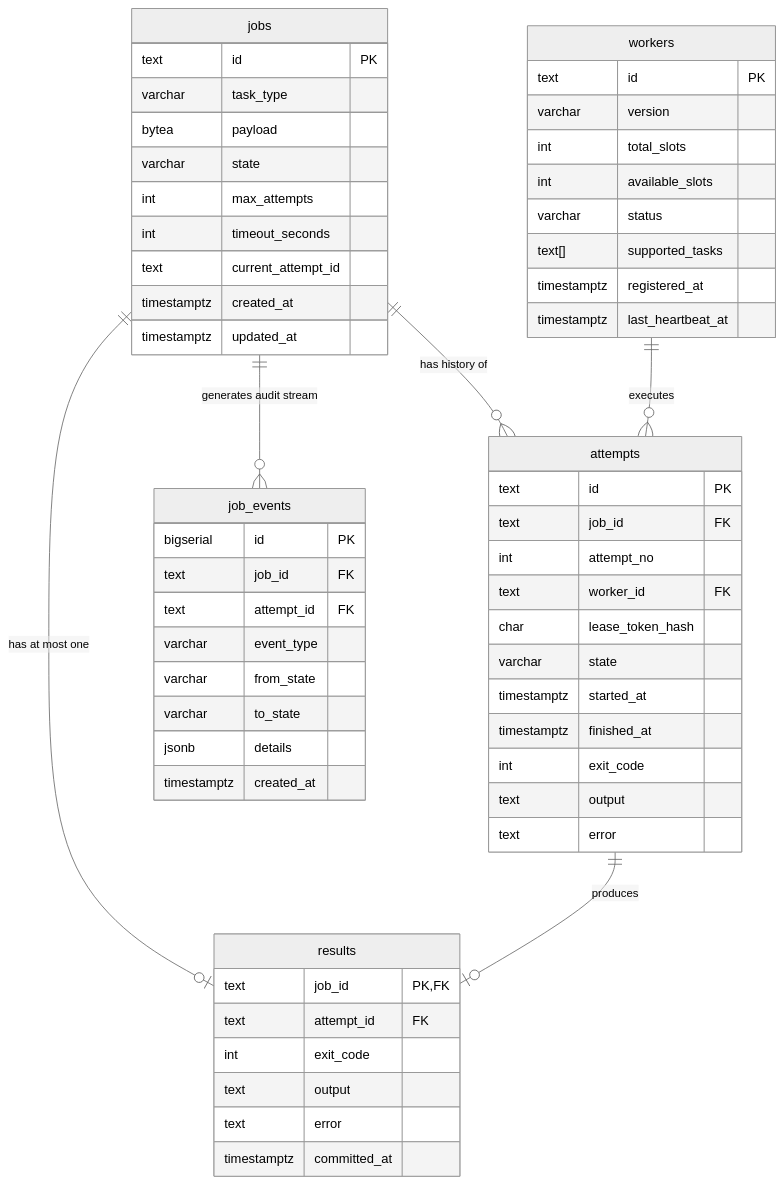
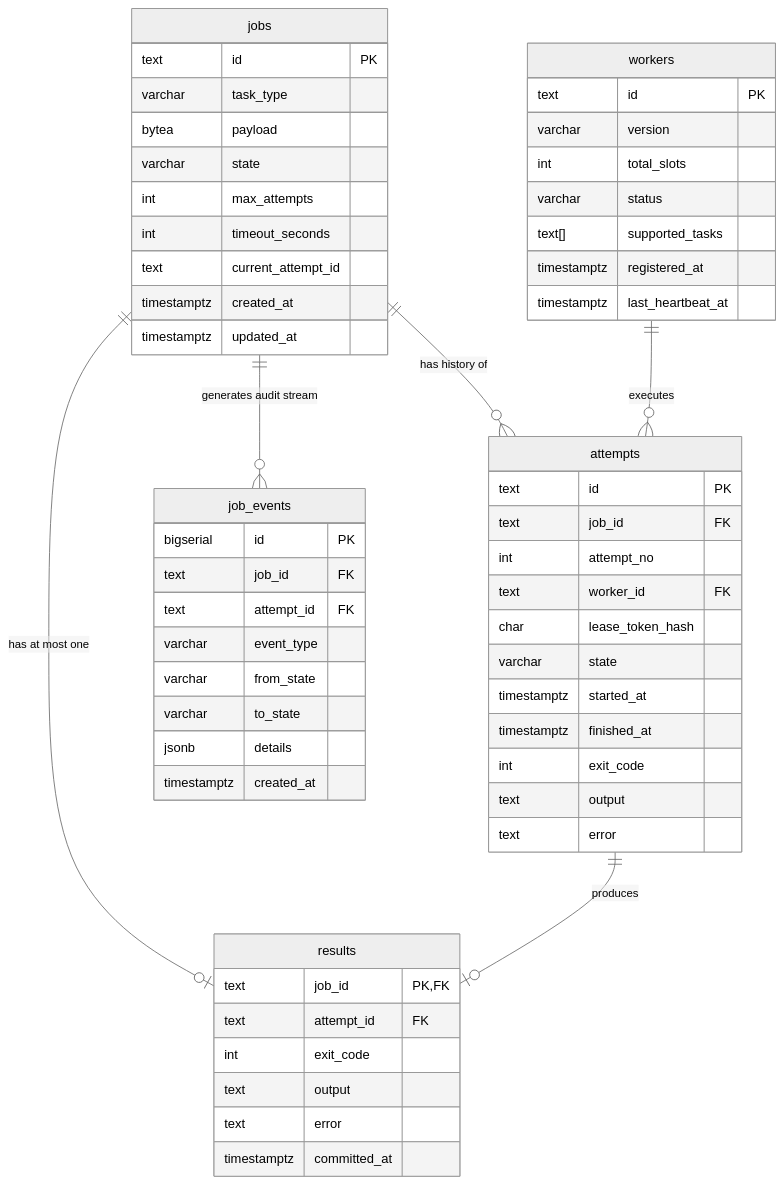
One commit to BlaZe08-Dev/MiniCloud changed the diagram in docs/schema.md. Above: the diagram before and after it, drawn with Mermaid (neutral theme). The commit also changed other lines of this file and 7 other files, not shown here.

````diff
--- a/docs/schema.md
+++ b/docs/schema.md
@@ -17,65 +21,64 @@
 ```mermaid
 erDiagram
     jobs ||--o{ attempts : "has history of"
     jobs ||--o| results : "has at most one"
     jobs ||--o{ job_events : "generates audit stream"
     workers ||--o{ attempts : "executes"
     attempts ||--o| results : "produces"
 
     jobs {
         text id PK
         varchar task_type
         bytea payload
         varchar state
         int max_attempts
         int timeout_seconds
         text current_attempt_id
         timestamptz created_at
         timestamptz updated_at
     }
 
     attempts {
         text id PK
         text job_id FK
         int attempt_no
         text worker_id FK
         char lease_token_hash
         varchar state
         timestamptz started_at
         timestamptz finished_at
         int exit_code
         text output
         text error
     }
 
     results {
         text job_id PK, FK
         text attempt_id FK
         int exit_code
         text output
         text error
         timestamptz committed_at
     }
 
     workers {
         text id PK
         varchar version
         int total_slots
-        int available_slots
         varchar status
         text[] supported_tasks
         timestamptz registered_at
         timestamptz last_heartbeat_at
     }
 
     job_events {
         bigserial id PK
         text job_id FK
         text attempt_id FK
         varchar event_type
         varchar from_state
         varchar to_state
         jsonb details
         timestamptz created_at
     }
 ```
````
